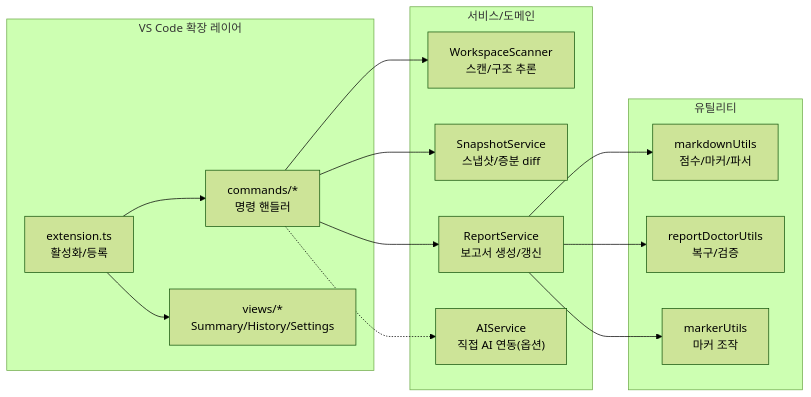
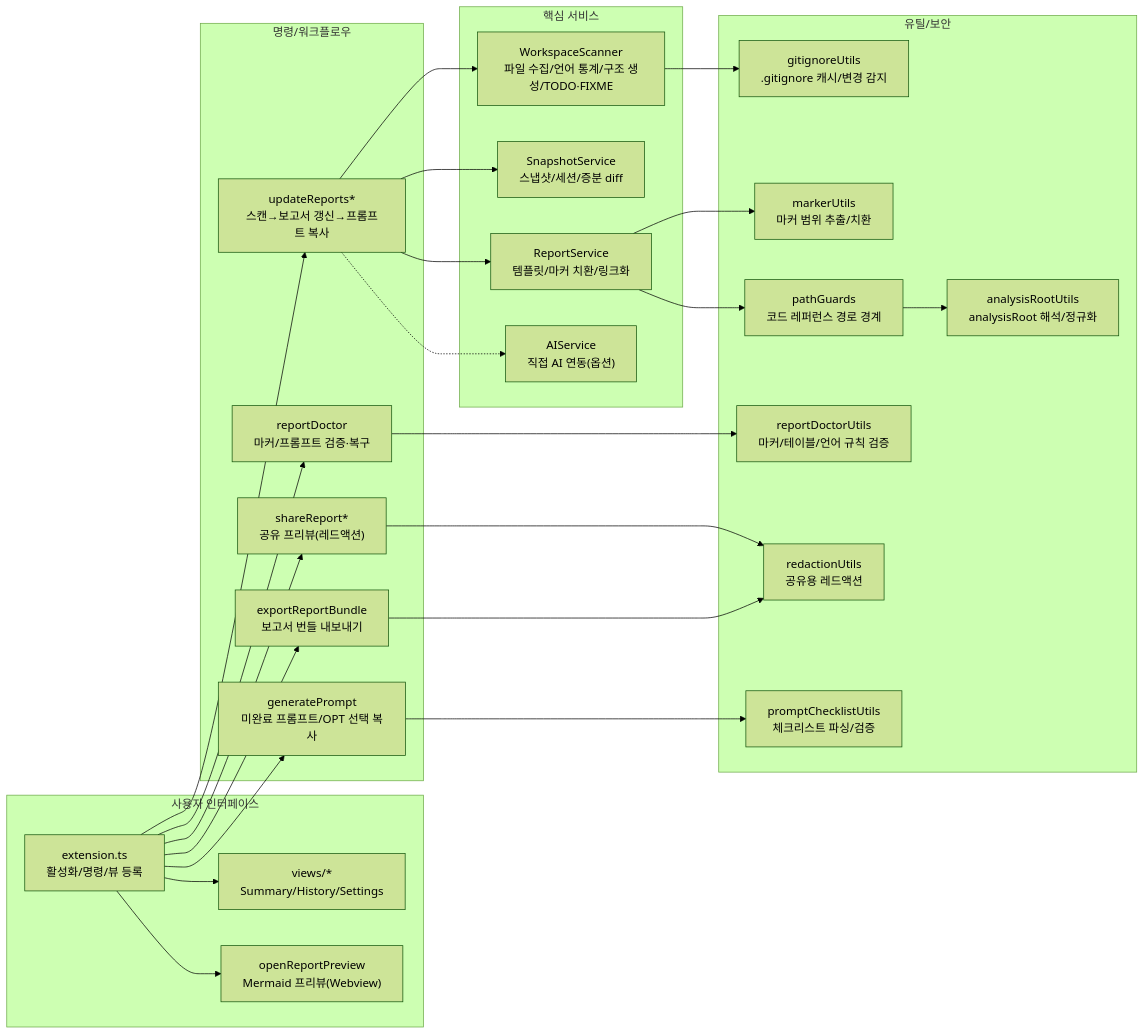
The diagram in devplan/Project_Evaluation_Report.md (Stankjedi/projectmanager), drawn with Mermaid (forest theme) before and after one commit. The commit also changed other lines of this file and 137 other files, not shown here.

Commit message:
feat: Introduce workspace scanning, prompt generation, and report improvement workflows.

````diff
--- a/devplan/Project_Evaluation_Report.md
+++ b/devplan/Project_Evaluation_Report.md
@@ -66,29 +67,56 @@
 ```mermaid
 flowchart LR
-    subgraph Extension["VS Code 확장 레이어"]
-        Entry["extension.ts<br/>활성화/등록"]
-        Commands["commands/*<br/>명령 핸들러"]
+    subgraph UI["사용자 인터페이스"]
+        Ext["extension.ts<br/>활성화/명령/뷰 등록"]
         Views["views/*<br/>Summary/History/Settings"]
+        Preview["openReportPreview<br/>Mermaid 프리뷰(Webview)"]
     end
-    subgraph Services["서비스/도메인"]
-        Scanner["WorkspaceScanner<br/>스캔/구조 추론"]
-        Snapshot["SnapshotService<br/>스냅샷/증분 diff"]
-        Report["ReportService<br/>보고서 생성/갱신"]
+
+    subgraph Commands["명령/워크플로우"]
+        Update["updateReports*<br/>스캔→보고서 갱신→프롬프트 복사"]
+        DoctorCmd["reportDoctor<br/>마커/프롬프트 검증·복구"]
+        Share["shareReport*<br/>공유 프리뷰(레드액션)"]
+        Export["exportReportBundle<br/>보고서 번들 내보내기"]
+        GenPrompt["generatePrompt<br/>미완료 프롬프트/OPT 선택 복사"]
+    end
+
+    subgraph Services["핵심 서비스"]
+        Scanner["WorkspaceScanner<br/>파일 수집/언어 통계/구조 생성/TODO·FIXME"]
+        Snapshot["SnapshotService<br/>스냅샷/세션/증분 diff"]
+        Report["ReportService<br/>템플릿/마커 치환/링크화"]
         AI["AIService<br/>직접 AI 연동(옵션)"]
     end
-    subgraph Utils["유틸리티"]
-        Markdown["markdownUtils<br/>점수/마커/파서"]
-        Doctor["reportDoctorUtils<br/>복구/검증"]
-        Marker["markerUtils<br/>마커 조작"]
+
+    subgraph Utils["유틸/보안"]
+        Marker["markerUtils<br/>마커 범위 추출/치환"]
+        Checklist["promptChecklistUtils<br/>체크리스트 파싱/검증"]
+        DoctorUtil["reportDoctorUtils<br/>마커/테이블/언어 규칙 검증"]
+        Guards["pathGuards<br/>코드 레퍼런스 경로 경계"]
+        Root["analysisRootUtils<br/>analysisRoot 해석/정규화"]
+        Redact["redactionUtils<br/>공유용 레드액션"]
+        Gitignore["gitignoreUtils<br/>.gitignore 캐시/변경 감지"]
     end
 
-    Entry --> Commands
-    Entry --> Views
-    Commands --> Scanner
-    Commands --> Snapshot
-    Commands --> Report
-    Report --> Markdown
-    Report --> Doctor
+    Ext --> Update
+    Ext --> DoctorCmd
+    Ext --> Share
+    Ext --> Export
+    Ext --> GenPrompt
+    Ext --> Views
+    Ext --> Preview
+
+    Update --> Scanner
+    Update --> Snapshot
+    Update --> Report
+    Update -.-> AI
+
+    DoctorCmd --> DoctorUtil
+    GenPrompt --> Checklist
+    Guards --> Root
+
+    Scanner --> Gitignore
     Report --> Marker
-    Commands -.-> AI
+    Report --> Guards
+    Share --> Redact
+    Export --> Redact
 ```
````
